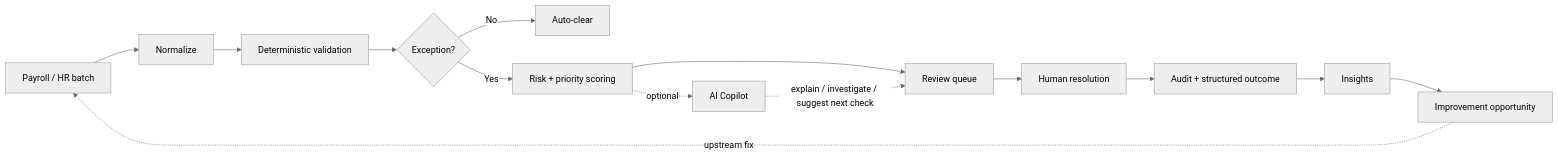
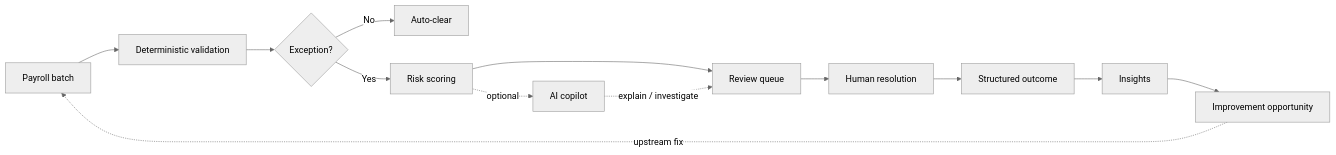
Before and after one commit to eliobenigni7/PayOps-Workbench: the diagram in README.md, drawn with Mermaid (neutral theme). The commit also changed other lines of this file and 1 other file, not shown here.

````diff
--- a/README.md
+++ b/README.md
@@ -20,16 +44,15 @@
 ```mermaid
 flowchart LR
-    A[Payroll / HR batch] --> B[Normalize]
-    B --> C[Deterministic validation]
-    C --> D{Exception?}
-    D -- No --> E[Auto-clear]
-    D -- Yes --> F[Risk + priority scoring]
-    F --> G[Review queue]
-    G --> H[Human resolution]
-    H --> I[Audit + structured outcome]
-    I --> J[Insights]
-    J --> K[Improvement opportunity]
-    K -. upstream fix .-> A
-    F -. optional .-> L[AI Copilot]
-    L -. explain / investigate / suggest next check .-> G
+    A[Payroll batch] --> B[Deterministic validation]
+    B --> C{Exception?}
+    C -- No --> D[Auto-clear]
+    C -- Yes --> E[Risk scoring]
+    E --> F[Review queue]
+    F --> G[Human resolution]
+    G --> H[Structured outcome]
+    H --> I[Insights]
+    I --> J[Improvement opportunity]
+    J -. upstream fix .-> A
+    E -. optional .-> K[AI copilot]
+    K -. explain / investigate .-> F
 ```
````
